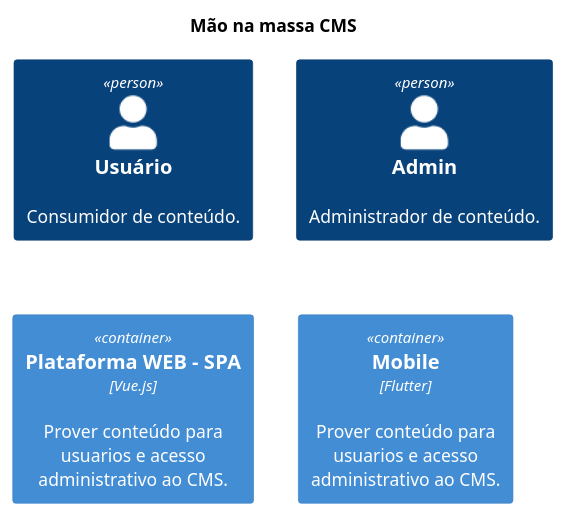
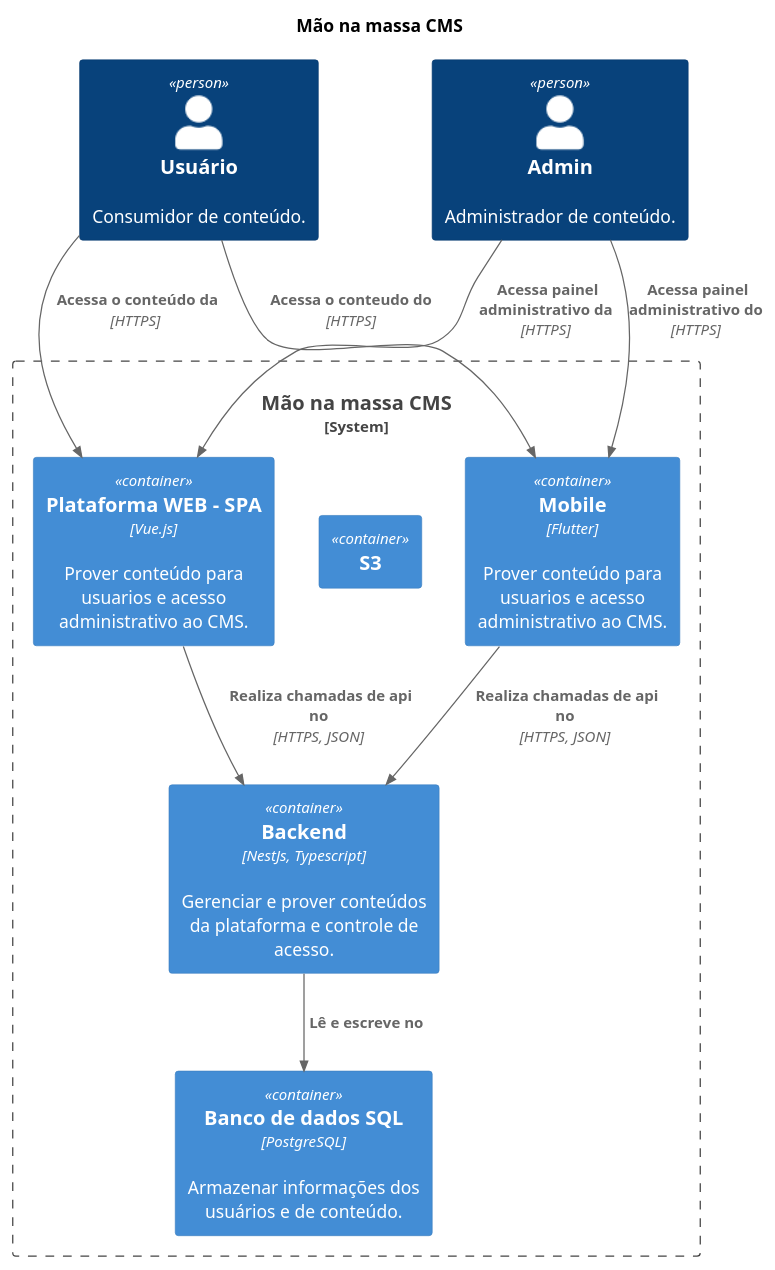
Before and after one commit to cassiobotaro/modeloC4: the diagram in maonamassa.puml, drawn with PlantUML.

Commit message:
Desenvolvido relacionamentos e containers

```diff
--- a/maonamassa.puml
+++ b/maonamassa.puml
@@ -1,14 +1,27 @@
 @startuml cms
 !include https://raw.githubusercontent.com/plantuml-stdlib/C4-PlantUML/master/C4_Container.puml
 
 title "Mão na massa CMS"
 
 Person(client, "Usuário", "Consumidor de conteúdo.")
 Person(admin, "Admin", "Administrador de conteúdo.")
 
+System_Boundary(cms, "Mão na massa CMS") {
 Container(frontweb, "Plataforma WEB - SPA", "Vue.js", "Prover conteúdo para usuarios e acesso administrativo ao CMS.")
+Container(static, "S3", "")
 Container(frontmobile, "Mobile", "Flutter", "Prover conteúdo para usuarios e acesso administrativo ao CMS.")
 
-' Container(backapi, "")
+Container(backapi, "Backend", "NestJs, Typescript", "Gerenciar e prover conteúdos da plataforma e controle de acesso.")
+Container(bd, "Banco de dados SQL", "PostgreSQL", "Armazenar informações dos usuários e de conteúdo.")
+
+Rel(client, frontweb, " Acessa o conteúdo da", "HTTPS")
+Rel(client, frontmobile, "Acessa o conteudo do", "HTTPS")
+Rel(admin, frontweb, " Acessa painel administrativo da", "HTTPS")
+Rel(admin, frontmobile, " Acessa painel administrativo do", "HTTPS")
+Rel(frontweb, backapi, " Realiza chamadas de api no", "HTTPS, JSON")
+Rel(frontmobile, backapi, " Realiza chamadas de api no", "HTTPS, JSON")
+Rel(backapi, bd, " Lê e escreve no")
+}
+
 
 @enduml
```
